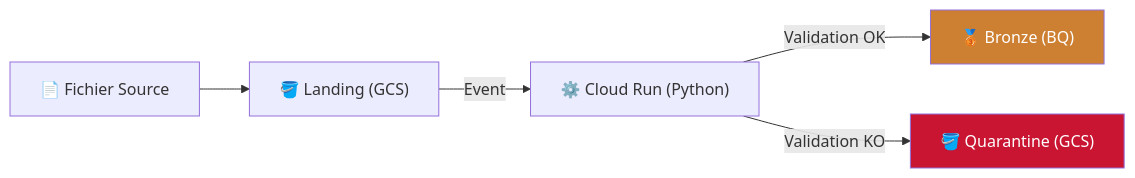
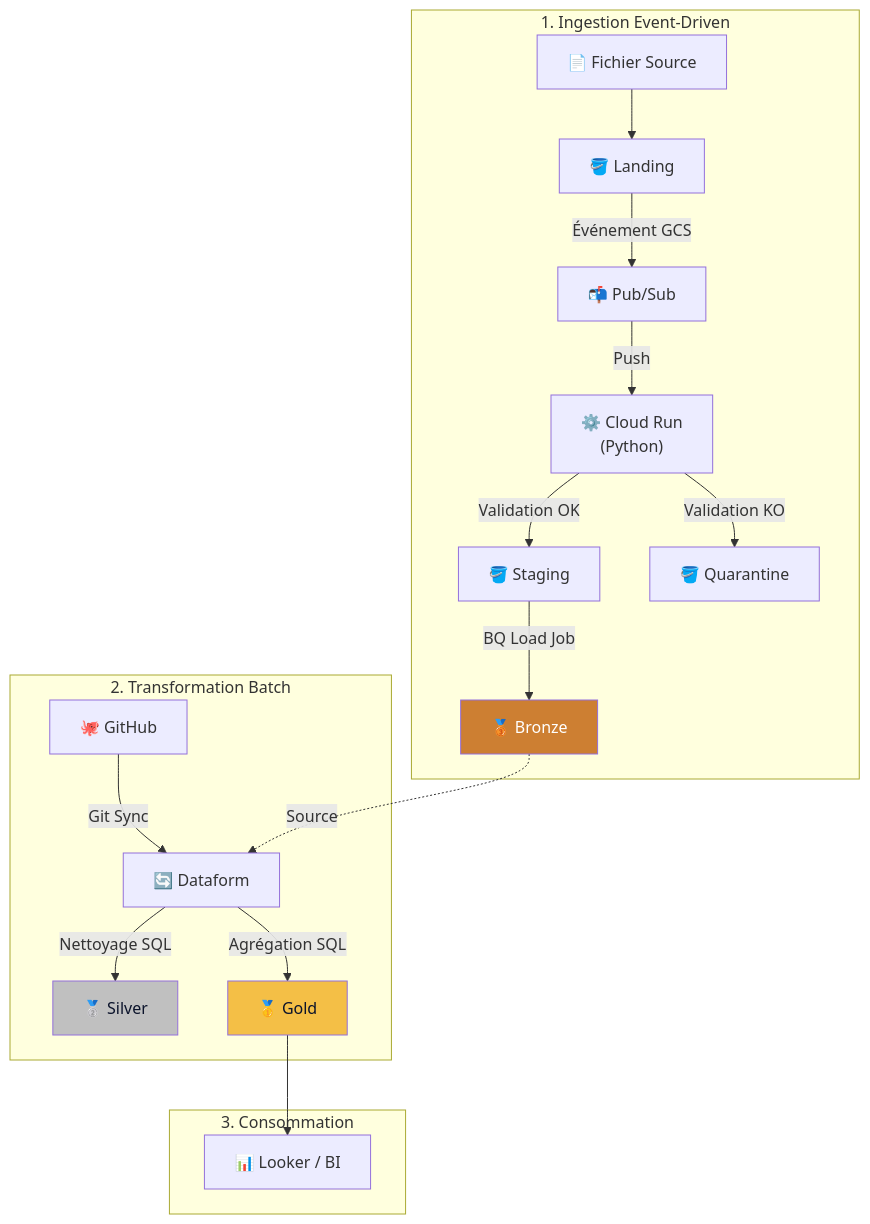
Before and after one commit to maxencenho-cloud/data-platform-runbook: the fourth of 7 diagrams in docs/ATELIER_01_ARCHITECTURE.md, drawn with Mermaid. The commit also changed other lines of this file, not shown here.

Commit message:
docs: enhance architecture documentation with detailed diagrams and step-by-step implementation guides

````diff
--- a/docs/ATELIER_01_ARCHITECTURE.md
+++ b/docs/ATELIER_01_ARCHITECTURE.md
@@ -80,10 +138,26 @@
 ```mermaid
-graph LR
-    SRC["📄 Fichier Source"] --> LAND["🪣 Landing (GCS)"]
-    LAND -->|"Event"| CR["⚙️ Cloud Run (Python)"]
-    CR -->|"Validation OK"| BRZ["🥉 Bronze (BQ)"]
-    CR -->|"Validation KO"| QUA["🪣 Quarantine (GCS)"]
+graph TB
+    subgraph "1. Ingestion Event-Driven"
+        SRC["📄 Fichier Source"] --> LAND["🪣 Landing"]
+        LAND -->|"Événement GCS"| PS["📬 Pub/Sub"]
+        PS -->|"Push"| CR["⚙️ Cloud Run<br/>(Python)"]
+        CR -->|"Validation OK"| STG["🪣 Staging"]
+        STG -->|"BQ Load Job"| BRZ["🥉 Bronze"]
+        CR -->|"Validation KO"| QUA["🪣 Quarantine"]
+    end
+    
+    subgraph "2. Transformation Batch"
+        GIT["🐙 GitHub"] -->|"Git Sync"| DF["🔄 Dataform"]
+        DF -->|"Nettoyage SQL"| SLV["🥈 Silver"]
+        DF -->|"Agrégation SQL"| GLD["🥇 Gold"]
+        BRZ -.->|"Source"| DF
+    end
+    
+    subgraph "3. Consommation"
+        GLD --> VIZ["📊 Looker / BI"]
+    end
     
     style BRZ fill:#cd7f32,color:#fff
-    style QUA fill:#C91432,color:#fff
+    style SLV fill:#c0c0c0,color:#0b132b
+    style GLD fill:#F4BF46,color:#0b132b
 ```
````
